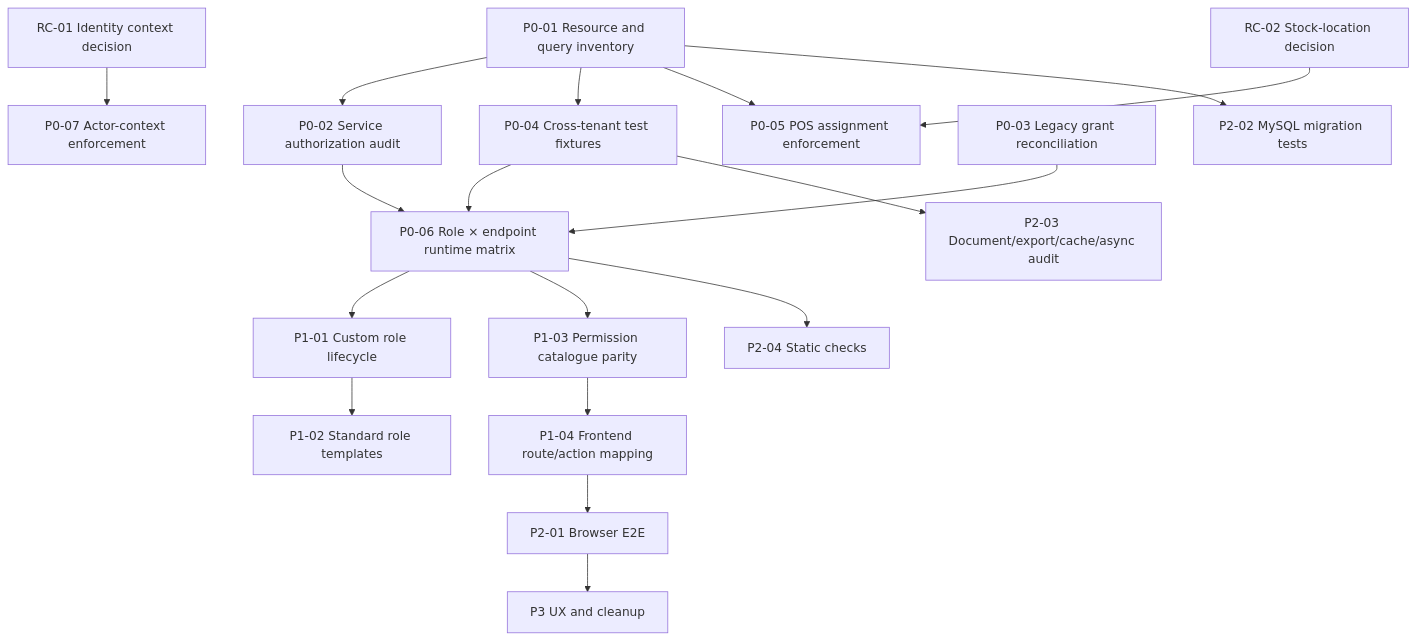
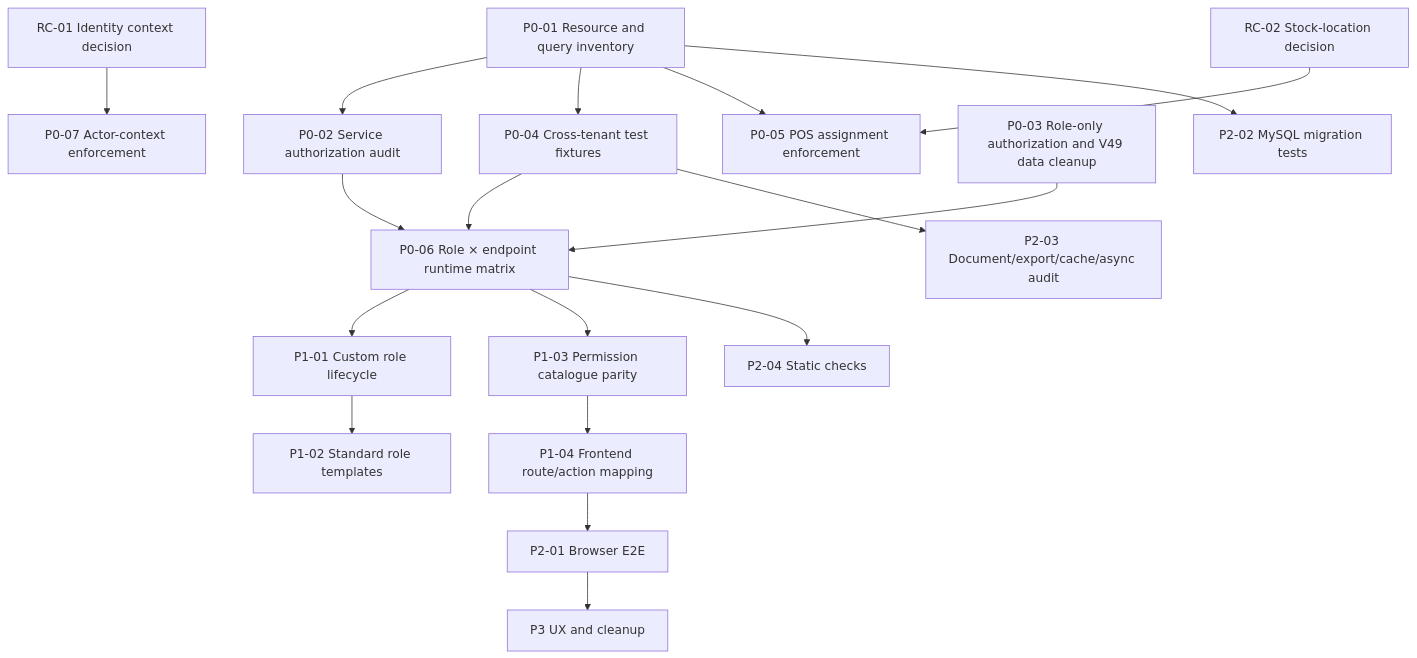
Before and after one commit to rambrij/solar-energy-platform: the diagram in docs/implementation/DEVELOP_AUTHORIZATION_IMPLEMENTATION_PLAN.md, drawn with Mermaid. The commit also changed other lines of this file, not shown here.

````diff
--- a/docs/implementation/DEVELOP_AUTHORIZATION_IMPLEMENTATION_PLAN.md
+++ b/docs/implementation/DEVELOP_AUTHORIZATION_IMPLEMENTATION_PLAN.md
@@ -245,20 +245,20 @@
 ```mermaid
 flowchart TD
   A[P0-01 Resource and query inventory] --> B[P0-02 Service authorization audit]
   A --> C[P0-04 Cross-tenant test fixtures]
   B --> D[P0-06 Role × endpoint runtime matrix]
   C --> D
   E[RC-01 Identity context decision] --> F[P0-07 Actor-context enforcement]
   G[RC-02 Stock-location decision] --> H[P0-05 POS assignment enforcement]
   A --> H
-  I[P0-03 Legacy grant reconciliation] --> D
+  I[P0-03 Role-only authorization and V49 data cleanup] --> D
   D --> J[P1-01 Custom role lifecycle]
   J --> K[P1-02 Standard role templates]
   D --> L[P1-03 Permission catalogue parity]
   L --> M[P1-04 Frontend route/action mapping]
   M --> N[P2-01 Browser E2E]
   A --> O[P2-02 MySQL migration tests]
   C --> P[P2-03 Document/export/cache/async audit]
   D --> Q[P2-04 Static checks]
   N --> R[P3 UX and cleanup]
 ```
````
